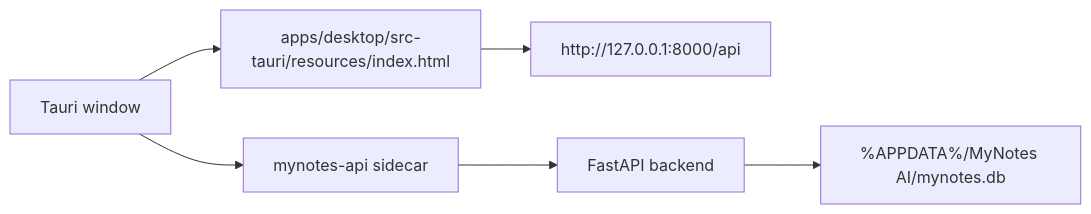
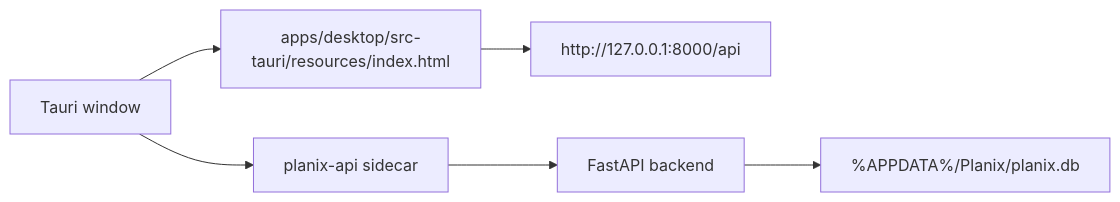
Before and after one commit to ab2956955606-cmyk/Planix: the diagram in docs/desktop.md, drawn with Mermaid. The commit also changed other lines of this file and 50 other files, not shown here.

````diff
--- a/docs/desktop.md
+++ b/docs/desktop.md
@@ -7,8 +7,8 @@
 ```mermaid
 flowchart LR
   T["Tauri window"] --> W["apps/desktop/src-tauri/resources/index.html"]
   W --> A["http://127.0.0.1:8000/api"]
-  T --> S["mynotes-api sidecar"]
+  T --> S["planix-api sidecar"]
   S --> F["FastAPI backend"]
-  F --> D["%APPDATA%/MyNotes AI/mynotes.db"]
+  F --> D["%APPDATA%/Planix/planix.db"]
 ```
````
